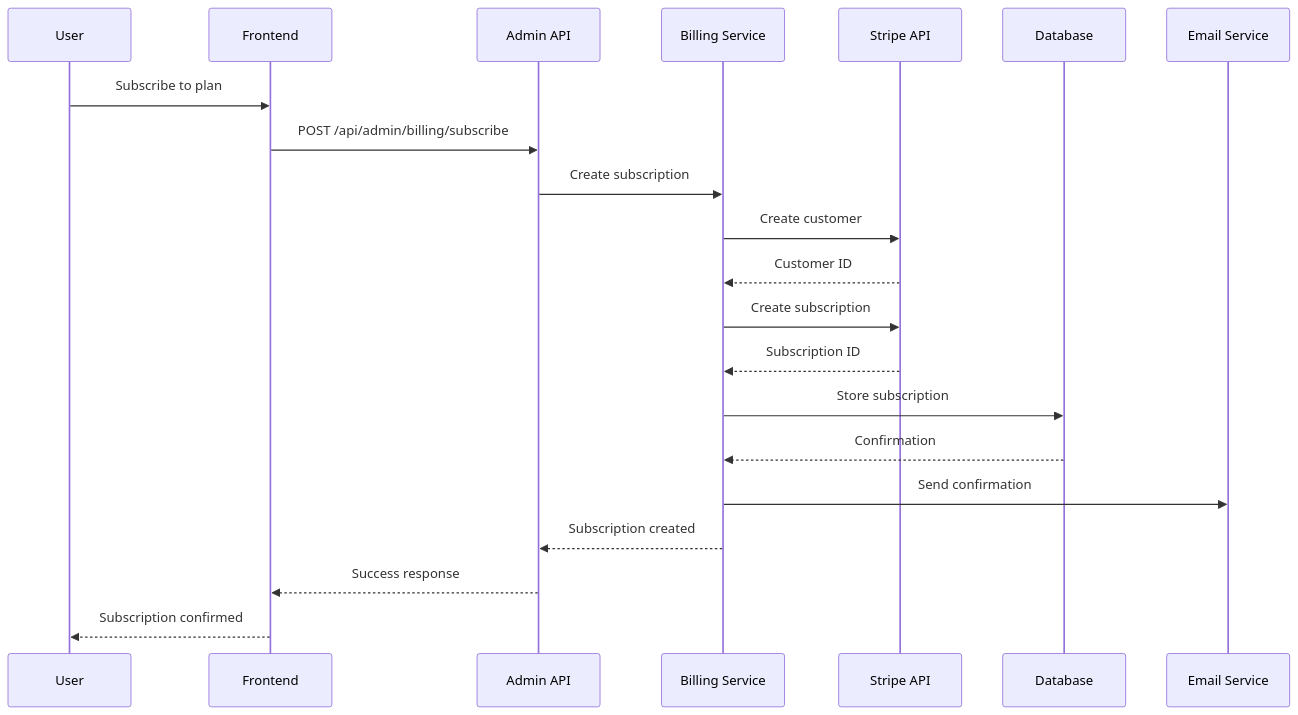
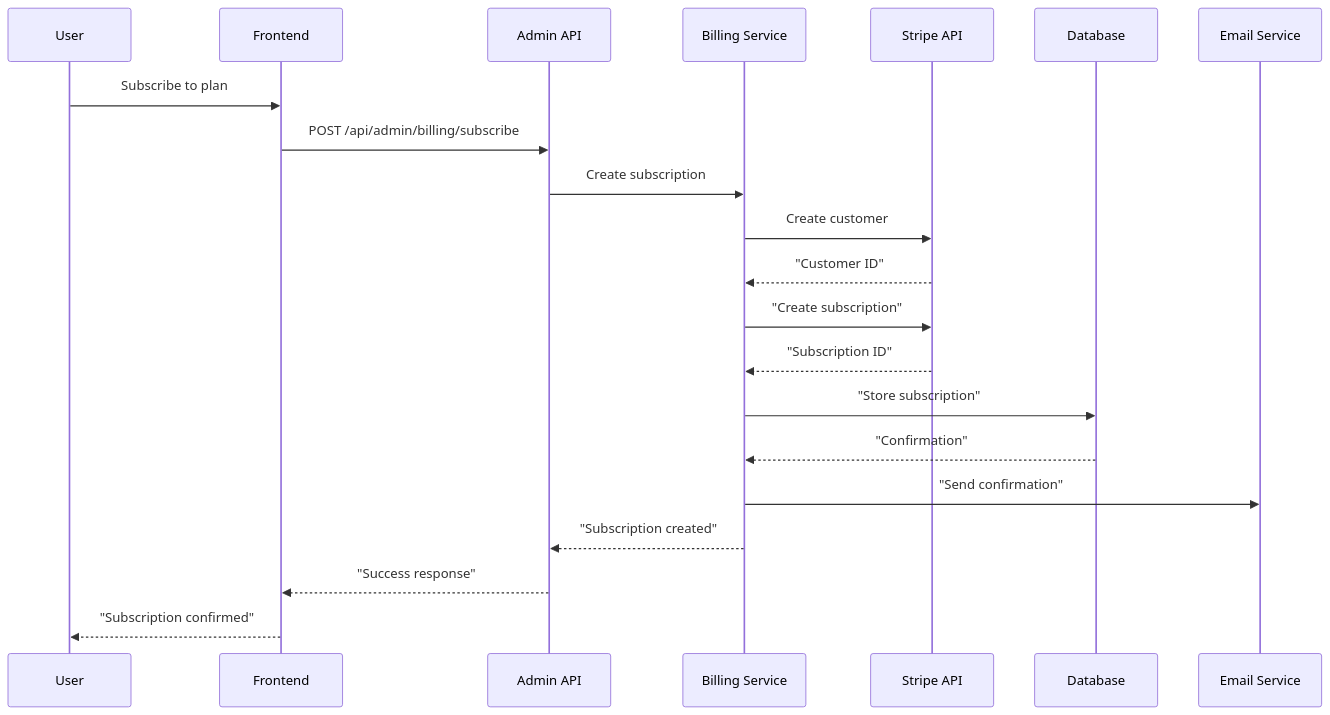
Before and after one commit to akramahmed1/QuantaEnergi: the fifth of 8 diagrams in docs/architecture/sequence-diagrams.md, drawn with Mermaid. The commit also changed other lines of this file and 6 other files, not shown here.

Commit message:
mermaid fixes compatibility

````diff
--- a/docs/architecture/sequence-diagrams.md
+++ b/docs/architecture/sequence-diagrams.md
@@ -121,24 +121,24 @@
 ```mermaid
 sequenceDiagram
     participant U as User
     participant F as Frontend
     participant API as Admin API
     participant BS as Billing Service
     participant Stripe as Stripe API
     participant DB as Database
     participant Email as Email Service
 
     U->>F: Subscribe to plan
     F->>API: POST /api/admin/billing/subscribe
     API->>BS: Create subscription
     BS->>Stripe: Create customer
-    Stripe-->>BS: Customer ID
-    BS->>Stripe: Create subscription
-    Stripe-->>BS: Subscription ID
-    BS->>DB: Store subscription
-    DB-->>BS: Confirmation
-    BS->>Email: Send confirmation
-    BS-->>API: Subscription created
-    API-->>F: Success response
-    F-->>U: Subscription confirmed
+    Stripe-->>BS: "Customer ID"
+    BS->>Stripe: "Create subscription"
+    Stripe-->>BS: "Subscription ID"
+    BS->>DB: "Store subscription"
+    DB-->>BS: "Confirmation"
+    BS->>Email: "Send confirmation"
+    BS-->>API: "Subscription created"
+    API-->>F: "Success response"
+    F-->>U: "Subscription confirmed"
 ```
````
